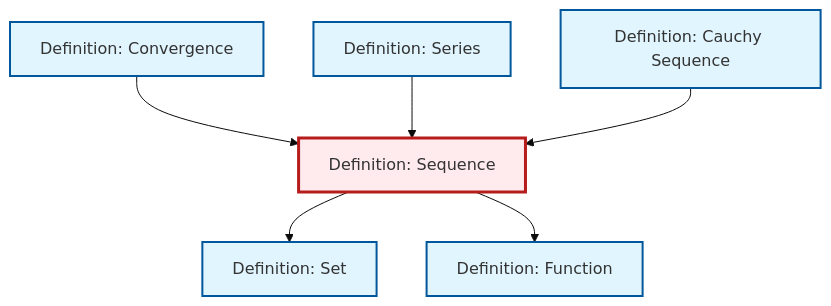
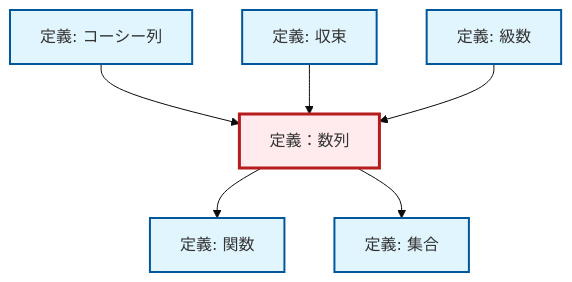
Before and after one commit to RK0429/ModernMath: the diagram in content/ja/analysis/def-sequence.qmd, drawn with Mermaid (base theme). The commit also changed 1069 other files, not shown here.

````diff
--- a/content/ja/analysis/def-sequence.qmd
+++ b/content/ja/analysis/def-sequence.qmd
@@ -77,26 +77,26 @@
 ```{mermaid}
 %%| fig-cap: "Local dependency graph"
 graph TD
     classDef definition fill:#e1f5fe,stroke:#01579b,stroke-width:2px
     classDef theorem fill:#f3e5f5,stroke:#4a148c,stroke-width:2px
     classDef axiom fill:#fff3e0,stroke:#e65100,stroke-width:2px
     classDef example fill:#e8f5e9,stroke:#1b5e20,stroke-width:2px
     classDef current fill:#ffebee,stroke:#b71c1c,stroke-width:3px
-    def-set["Definition: Set"]:::definition
-    def-convergence["Definition: Convergence"]:::definition
-    def-series["Definition: Series"]:::definition
-    def-cauchy-sequence["Definition: Cauchy Sequence"]:::definition
-    def-function["Definition: Function"]:::definition
-    def-sequence["Definition: Sequence"]:::definition
+    def-set["定義: 集合"]:::definition
+    def-series["定義: 級数"]:::definition
+    def-function["定義: 関数"]:::definition
+    def-sequence["定義：数列"]:::definition
+    def-cauchy-sequence["定義: コーシー列"]:::definition
+    def-convergence["定義: 収束"]:::definition
+    def-cauchy-sequence --> def-sequence
+    def-sequence --> def-function
+    def-convergence --> def-sequence
     def-sequence --> def-set
-    def-convergence --> def-sequence
     def-series --> def-sequence
-    def-sequence --> def-function
-    def-cauchy-sequence --> def-sequence
     class def-sequence current
-    click def-set "def-set.html" "Definition: Setへ"
-    click def-convergence "def-convergence.html" "Definition: Convergenceへ"
-    click def-series "def-series.html" "Definition: Seriesへ"
-    click def-cauchy-sequence "def-cauchy-sequence.html" "Definition: Cauchy Sequenceへ"
-    click def-function "def-function.html" "Definition: Functionへ"
+    click def-set "def-set.html" "集合の定義へ"
+    click def-series "def-series.html" "級数の定義へ"
+    click def-function "def-function.html" "関数の定義へ"
+    click def-cauchy-sequence "def-cauchy-sequence.html" "コーシー列の定義へ"
+    click def-convergence "def-convergence.html" "収束の定義へ"
 ```
````
